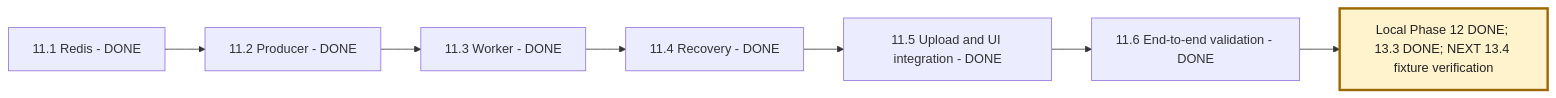
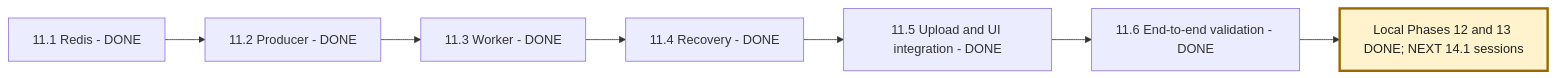
The third of 5 diagrams in NEXAAI_ROADMAP.md (msdian0007/nexaAi), drawn with Mermaid before and after one commit. The commit also changed other lines of this file and 4 other files, not shown here.

````diff
--- a/NEXAAI_ROADMAP.md
+++ b/NEXAAI_ROADMAP.md
@@ -258,10 +258,10 @@
 ```mermaid
 flowchart LR
     A[11.1 Redis - DONE] --> B[11.2 Producer - DONE]
     B --> C[11.3 Worker - DONE]
     C --> D[11.4 Recovery - DONE]
     D --> E[11.5 Upload and UI integration - DONE]
     E --> F[11.6 End-to-end validation - DONE]
-    F --> G[Local Phase 12 DONE; 13.3 DONE; NEXT 13.4 fixture verification]
+    F --> G[Local Phases 12 and 13 DONE; NEXT 14.1 sessions]
     style G fill:#fff3cd,stroke:#9a6700,stroke-width:3px,color:#222
 ```
````
